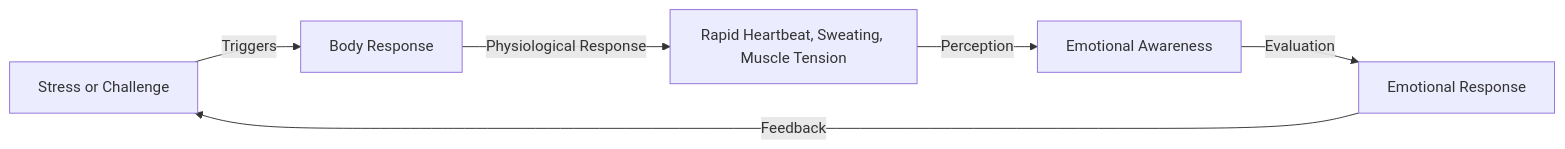
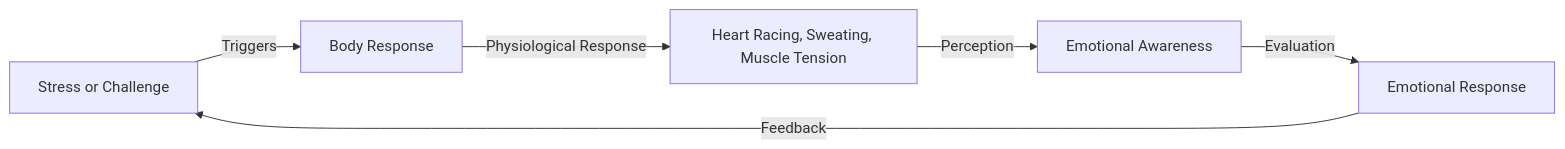
One commit to a920604a/engineernews changed the diagram in src/content/posts/learning/2026-04-29-sZh0DhSXNQY.en.md. Above: the diagram before and after it, drawn with Mermaid. The commit also changed other lines of this file and 49 other files, not shown here.

````diff
--- a/src/content/posts/learning/2026-04-29-sZh0DhSXNQY.en.md
+++ b/src/content/posts/learning/2026-04-29-sZh0DhSXNQY.en.md
@@ -30,8 +22,8 @@
 ```mermaid
 graph LR
     A[Stress or Challenge] -->|"Triggers"| B[Body Response]
-    B -->|"Physiological Response"| C[Rapid Heartbeat, Sweating, Muscle Tension]
+    B -->|"Physiological Response"| C[Heart Racing, Sweating, Muscle Tension]
     C -->|"Perception"| D[Emotional Awareness]
     D -->|"Evaluation"| E[Emotional Response]
     E -->|"Feedback"| A
 ```
````
